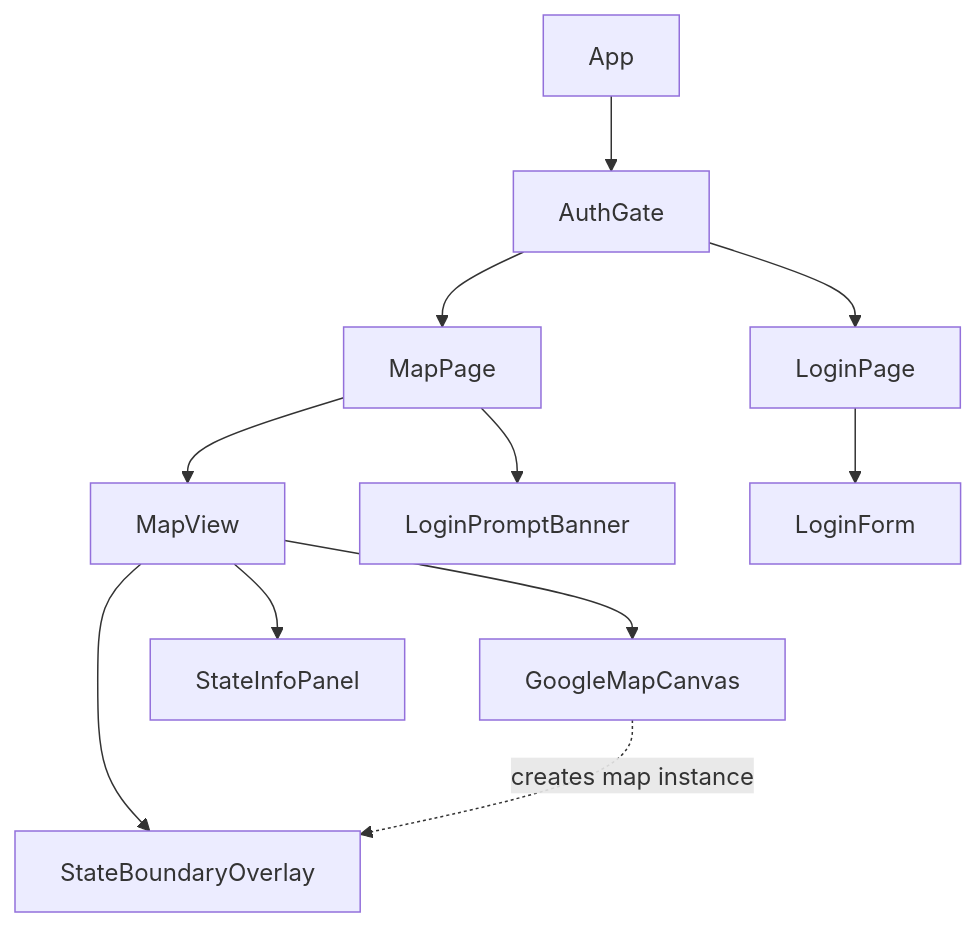
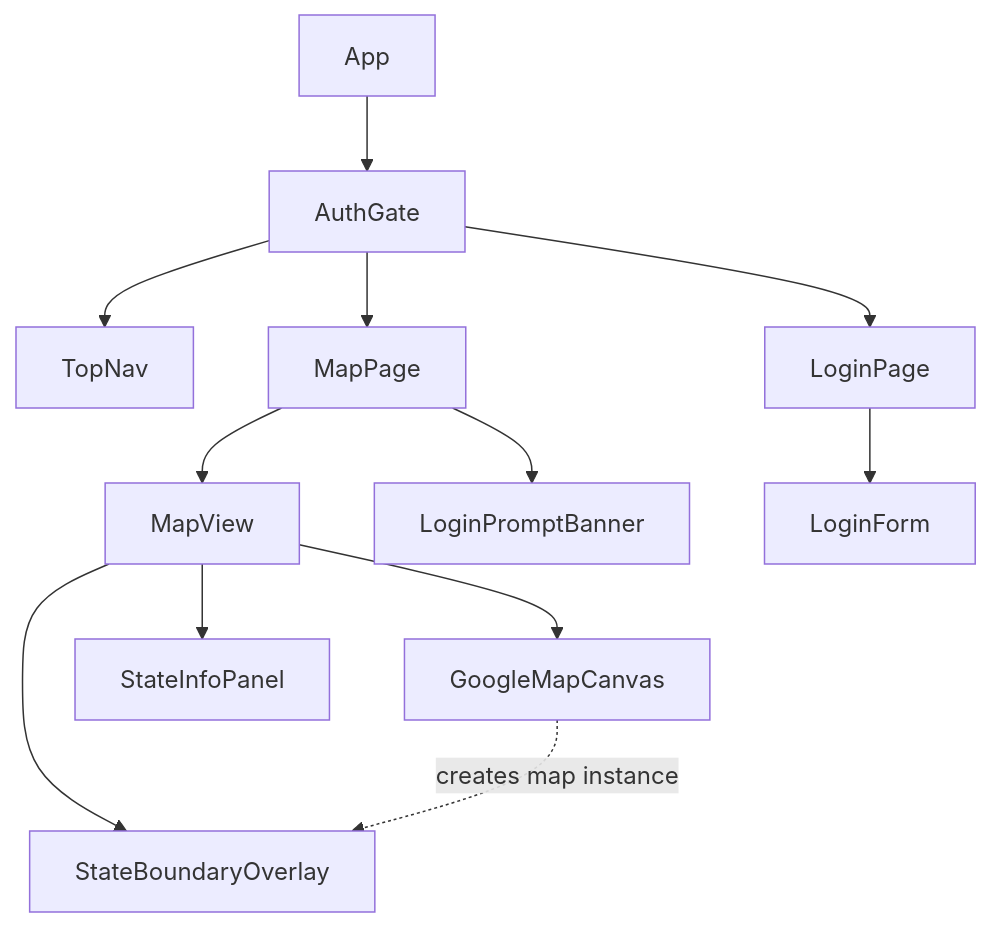
The first of 4 diagrams in .kiro/specs/state-visit-tracker/design.md (brentsowers1/coordinatecommons), drawn with Mermaid before and after one commit. The commit also changed other lines of this file and 15 other files, not shown here.

````diff
--- a/.kiro/specs/state-visit-tracker/design.md
+++ b/.kiro/specs/state-visit-tracker/design.md
@@ -27,13 +27,14 @@
 ```mermaid
 graph TD
     App --> AuthGate
+    AuthGate --> TopNav
     AuthGate --> MapPage
     AuthGate --> LoginPage
     MapPage --> MapView
     MapPage --> LoginPromptBanner
     MapView --> GoogleMapCanvas
     MapView --> StateBoundaryOverlay
     MapView --> StateInfoPanel
     GoogleMapCanvas -. "creates map instance" .-> StateBoundaryOverlay
     LoginPage --> LoginForm
 ```
````
